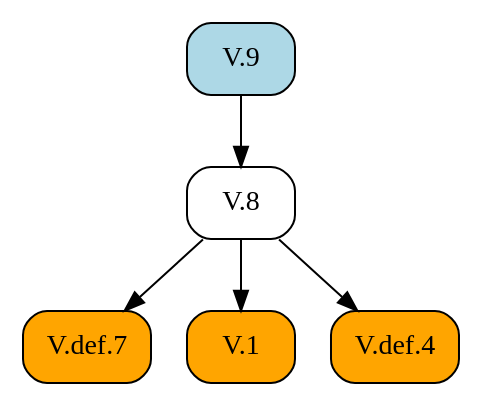
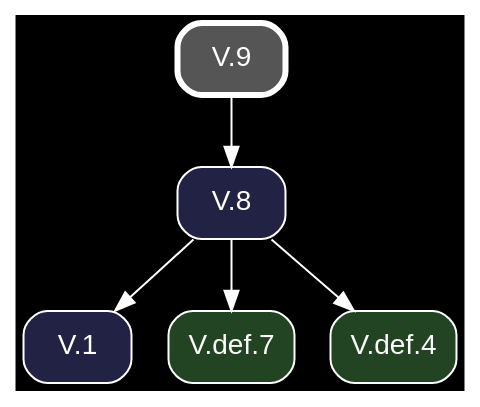
One commit to geometor/elements changed the diagram in docsrc/heath/V/9/index.rst. Above: the diagram before and after it, drawn with Graphviz. The commit also changed other lines of this file and 1200 other files, not shown here.

Commit message:
update dependency graphs

```diff
--- a/docsrc/heath/V/9/index.rst
+++ b/docsrc/heath/V/9/index.rst
@@ -44,15 +44,17 @@
 .. graphviz::
 
    digraph {
+     bgcolor="black";
+     node [shape=box, style="rounded,filled", fontname="Helvetica", color="white", fontcolor="white"];
+     edge [color="white", fontcolor="white"];
      rankdir="TB";
-     node [shape=box, style=rounded];
-     "V.def.7" [style="rounded,filled", fillcolor=orange, URL="/heath/V/def.7/", target="_top"];
-     "V.1" [style="rounded,filled", fillcolor=orange, URL="/heath/V/1/", target="_top"];
-     "V.9" [style="rounded,filled", fillcolor=lightblue, URL="/heath/V/9/", target="_top"];
-     "V.def.4" [style="rounded,filled", fillcolor=orange, URL="/heath/V/def.4/", target="_top"];
-     "V.8" [URL="/heath/V/8/", target="_top"];
+     "V.8" [fillcolor="#222244", URL="/heath/V/8/", target="_top"];
+     "V.1" [fillcolor="#222244", URL="/heath/V/1/", target="_top"];
+     "V.def.7" [fillcolor="#224422", URL="/heath/V/def.7/", target="_top"];
+     "V.def.4" [fillcolor="#224422", URL="/heath/V/def.4/", target="_top"];
+     "V.9" [penwidth=3, color="white", fillcolor="#555555", URL="/heath/V/9/", target="_top"];
+     "V.9" -> "V.8";
+     "V.8" -> "V.1";
      "V.8" -> "V.def.7";
-     "V.8" -> "V.1";
      "V.8" -> "V.def.4";
-     "V.9" -> "V.8";
    }
```
